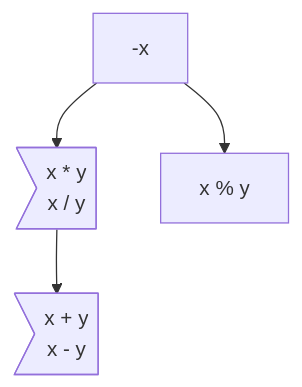
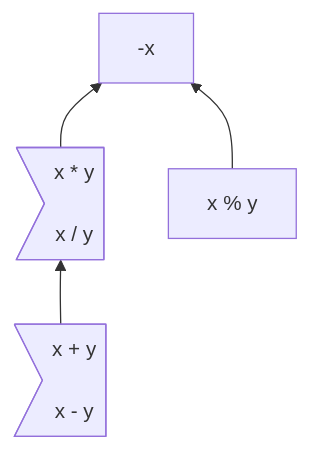
Before and after one commit to carbon-language/carbon-lang: the diagram in docs/design/expressions/arithmetic.md, drawn with Mermaid. The commit also changed other lines of this file and 4 other files, not shown here.

````diff
--- a/docs/design/expressions/arithmetic.md
+++ b/docs/design/expressions/arithmetic.md
@@ -57,7 +57,13 @@
 ```mermaid
-graph TD
-    negation["-x"] --> multiplicative & modulo
-    multiplicative>"x * y<br> x / y"] --> additive
-    additive>"x + y<br> x - y"]
+%%{init: {'themeVariables': {'fontFamily': 'monospace'}}}%%
+graph BT
+    negation["-x"]
+    multiplication>"x * y<br>
+                    x / y"]
+    addition>"x + y<br>
+              x - y"]
     modulo["x % y"]
+
+    multiplication & modulo --> negation
+    addition --> multiplication
 ```
````
